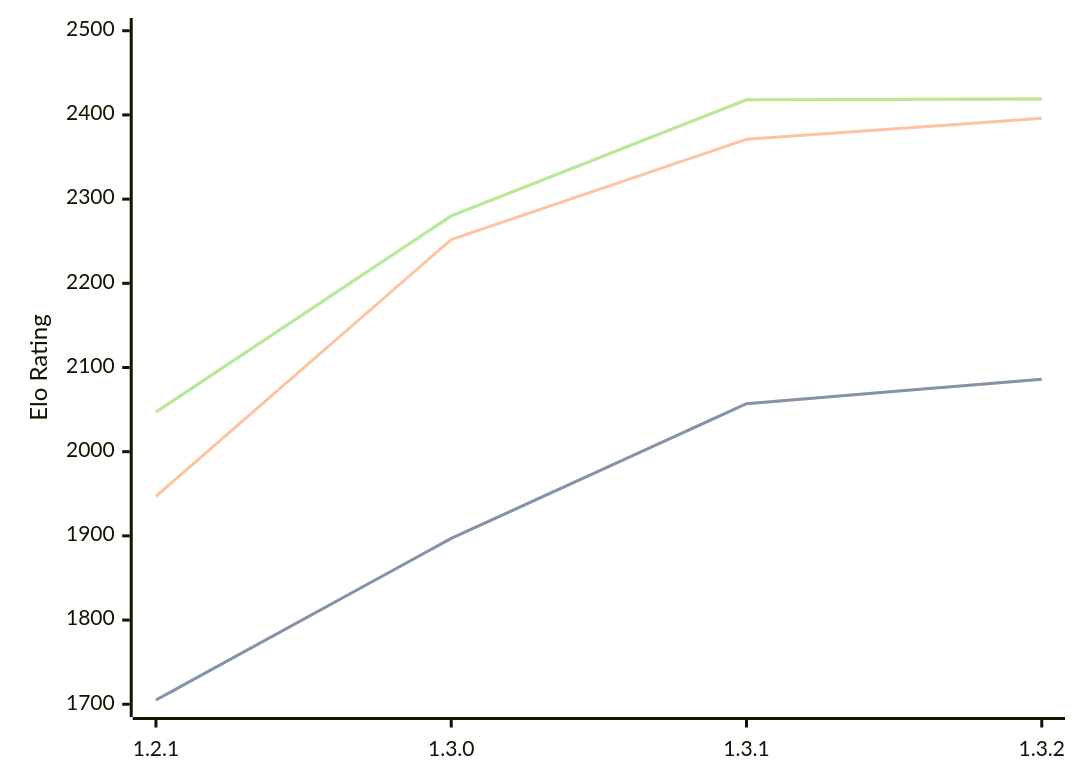
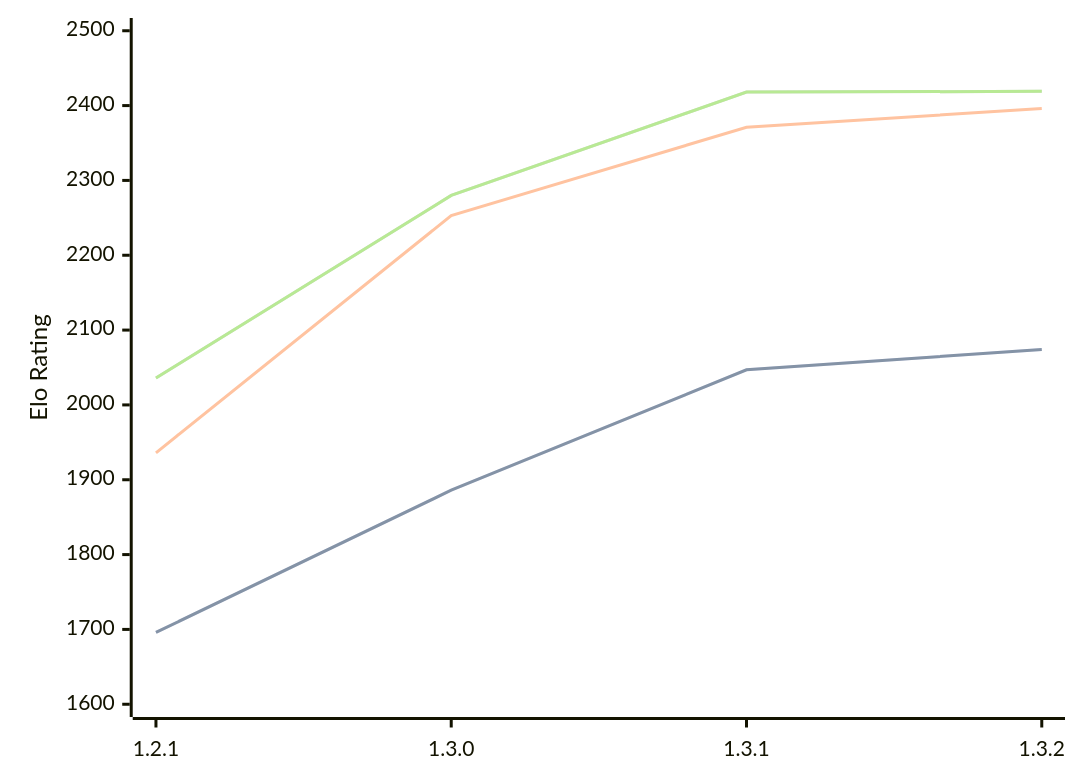
One commit to computer-chess-index/cci changed the diagram in engines/Chal.md. Above: the diagram before and after it, drawn with Mermaid. The commit also changed other lines of this file, not shown here.

Commit message:
Update CCI Ratings (ELO VLTC) - 2026-03-19

````diff
--- a/engines/Chal.md
+++ b/engines/Chal.md
@@ -35,11 +37,11 @@
 ```mermaid
 %%{init: {"theme":"base","themeVariables":{"seriesColors:['#a3a3a3','#222221','#faa371']}}}%%
 xychart-beta
   x-axis ["1.2.1", "1.3.0", "1.3.1", "1.3.2"]
-  y-axis "Elo Rating" 1700 --> 2500
-  line "STC (8.0+0.08s)" [1705, 1897, 2057, 2086]
-  line "STC (8.0+0.08s)" [1705, 1897, 2057, 2086]
-  line "LTC (60.0+0.60s)" [1947, 2252, 2371, 2396]
-  line "VLTC (2m24s+1.12s)" [2047, 2280, 2418, 2419]
-  line "VLTC (2m24s+1.12s)" [2047, 2280, 2418, 2419]
+  y-axis "Elo Rating" 1600 --> 2500
+  line "STC (8.0+0.08s)" [1696, 1886, 2047, 2074]
+  line "STC (8.0+0.08s)" [1696, 1886, 2047, 2074]
+  line "LTC (60.0+0.60s)" [1936, 2253, 2371, 2396]
+  line "VLTC (2m24s+1.12s)" [2036, 2280, 2418, 2419]
+  line "VLTC (2m24s+1.12s)" [2036, 2280, 2418, 2419]
 ```
````
